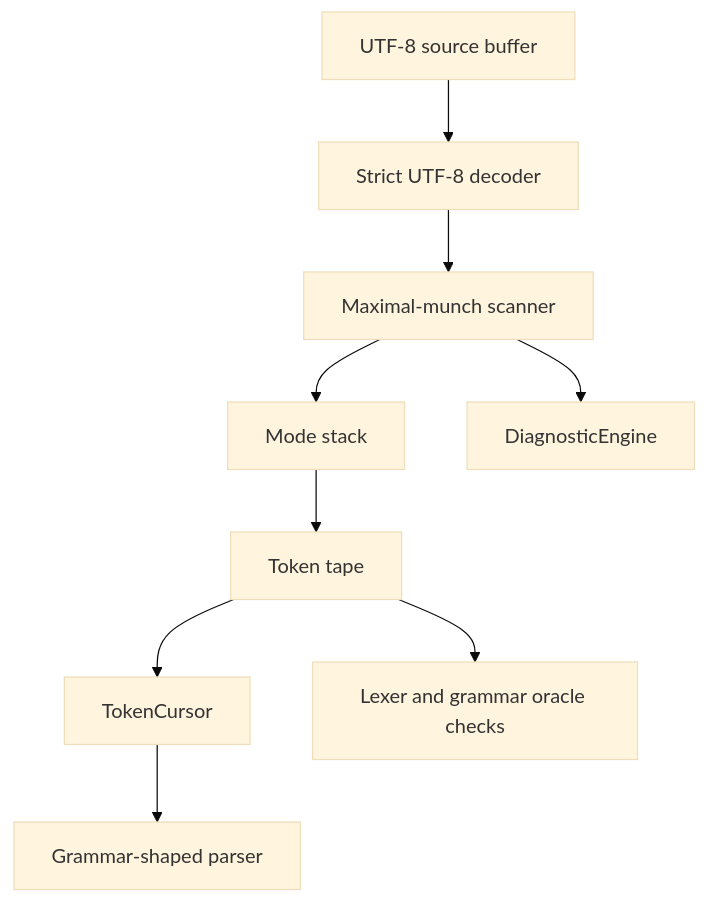
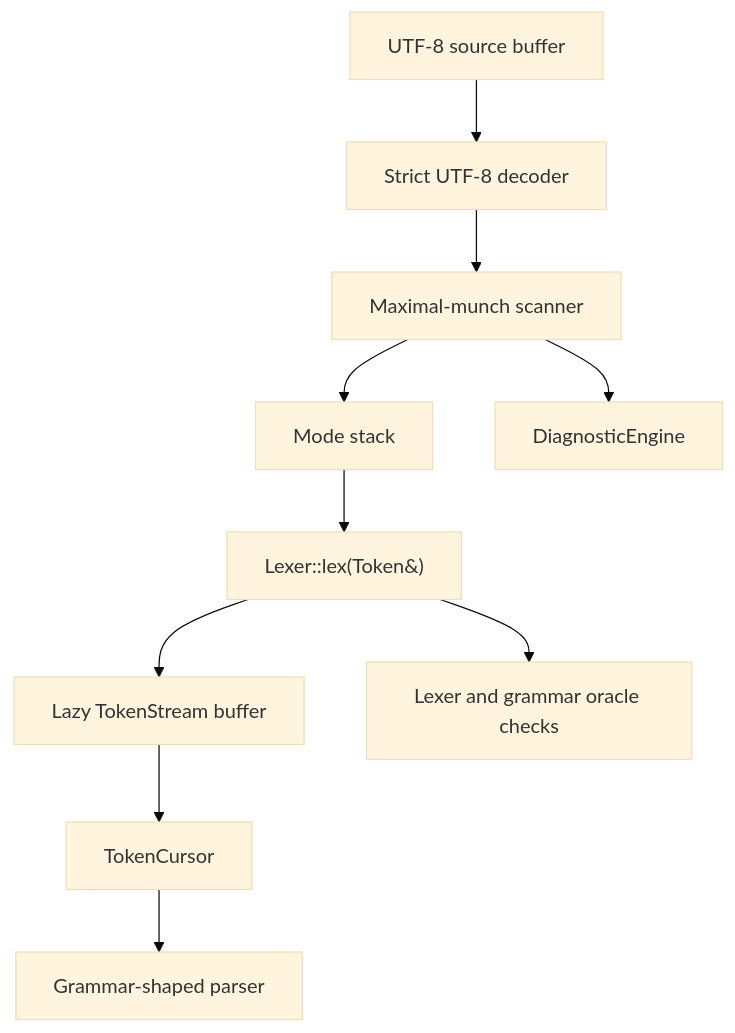
Before and after one commit to Zzzode/ZOM: the first of 3 diagrams in docs/rfc/0003-lexer-architecture.md, drawn with Mermaid (base theme). The commit also changed other lines of this file and 4 other files, not shown here.

First line of the commit message:
docs(rfc): codify stream frontend architecture

````diff
--- a/docs/rfc/0003-lexer-architecture.md
+++ b/docs/rfc/0003-lexer-architecture.md
@@ -137,11 +142,12 @@
 ```mermaid
 flowchart TD
   Source["UTF-8 source buffer"] --> Decode["Strict UTF-8 decoder"]
   Decode --> Scanner["Maximal-munch scanner"]
   Scanner --> Modes["Mode stack"]
-  Modes --> TokenTape["Token tape"]
-  TokenTape --> Cursor["TokenCursor"]
+  Modes --> Lex["Lexer::lex(Token&)"]
+  Lex --> Stream["Lazy TokenStream buffer"]
+  Stream --> Cursor["TokenCursor"]
   Cursor --> Parser["Grammar-shaped parser"]
   Scanner --> Diags["DiagnosticEngine"]
-  TokenTape --> Oracle["Lexer and grammar oracle checks"]
+  Lex --> Oracle["Lexer and grammar oracle checks"]
 ```
````
